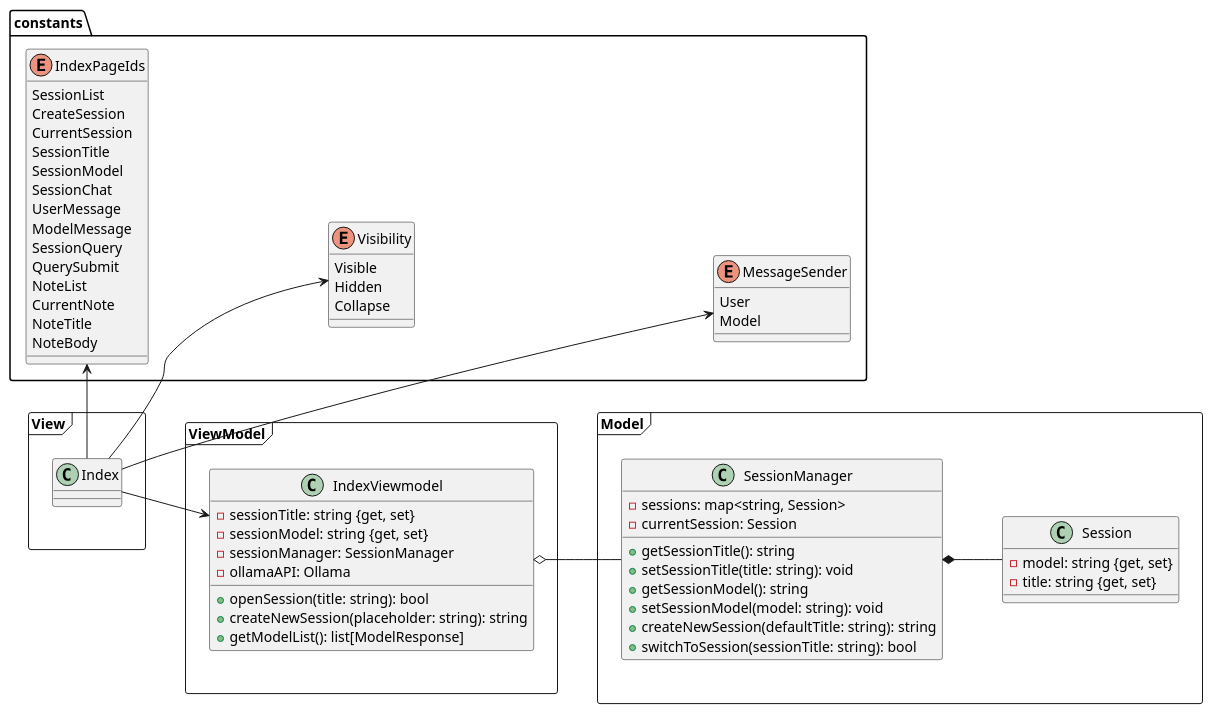
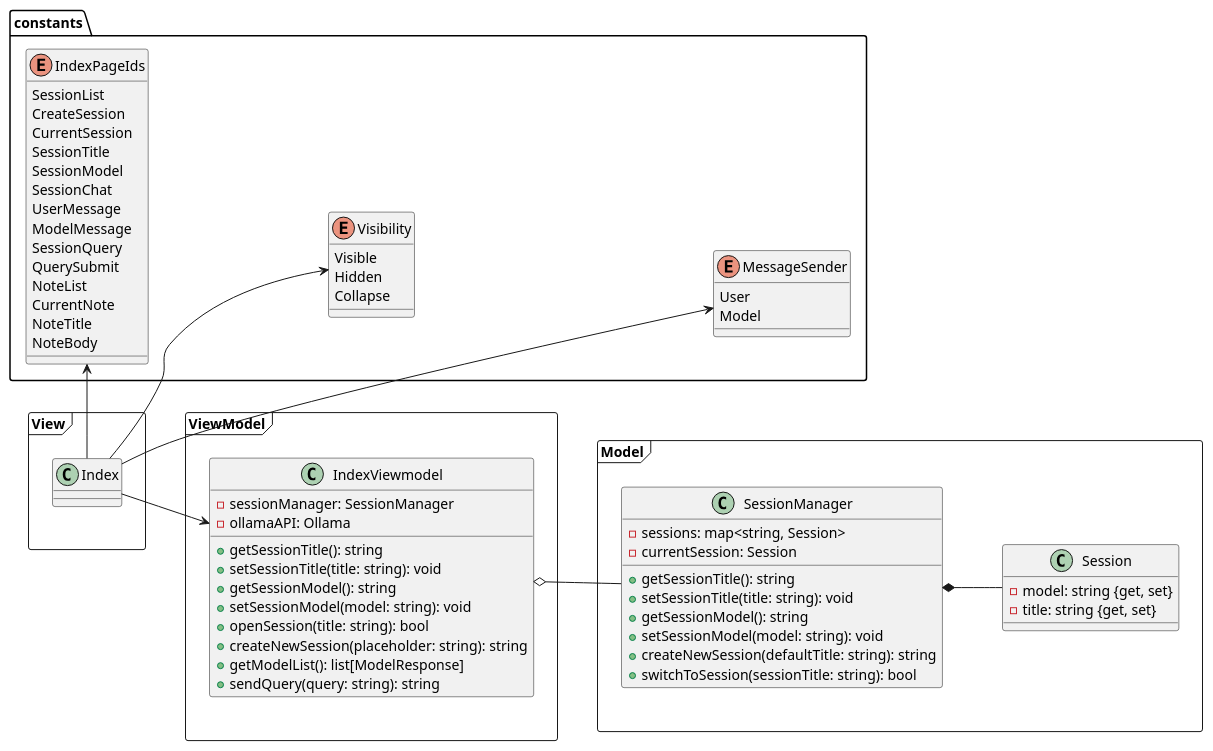
Before and after one commit to Kirya-D/LocalQuery: the diagram in docs/diagrams/src/class-diagram.plantuml, drawn with PlantUML. The commit also changed 7 other files, not shown here.

```diff
--- a/docs/diagrams/src/class-diagram.plantuml
+++ b/docs/diagrams/src/class-diagram.plantuml
@@ -1,89 +1,92 @@
 @startuml "ClassDiagram"
 left to right direction
 
 folder constants {
     enum IndexPageIds {
         SessionList
         CreateSession
         CurrentSession
         SessionTitle
         SessionModel
         SessionChat
         UserMessage
         ModelMessage
         SessionQuery
         QuerySubmit
         NoteList
         CurrentNote
         NoteTitle
         NoteBody
     }
 
     enum Visibility {
         Visible
         Hidden
         Collapse
     }
 
     enum MessageSender {
         User
         Model
     }
 
     IndexPageIds -[Hidden]- Visibility
     Visibility -[Hidden]- MessageSender
 }
 
 frame View {
     class Index {}
 }
 
 frame ViewModel {
     class IndexViewmodel {
-        -{field} sessionTitle: string {get, set}
-        -{field} sessionModel: string {get, set}
         -{field} sessionManager: SessionManager
         -{field} ollamaAPI: Ollama
+        +{method} getSessionTitle(): string
+        +{method} setSessionTitle(title: string): void
+        +{method} getSessionModel(): string
+        +{method} setSessionModel(model: string): void
         +{method} openSession(title: string): bool
         +{method} createNewSession(placeholder: string): string
         +{method} getModelList(): list[ModelResponse]
+        +{method} sendQuery(query: string): string
     }
 }
 
 frame Model {
     class SessionManager {
         -{field} sessions: map<string, Session>
         -{field} currentSession: Session
         +{method} getSessionTitle(): string
         +{method} setSessionTitle(title: string): void
         +{method} getSessionModel(): string
         +{method} setSessionModel(model: string): void
         +{method} createNewSession(defaultTitle: string): string
         +{method} switchToSession(sessionTitle: string): bool
     }
 
     class Session {
         -{field} model: string {get, set}
         -{field} title: string {get, set}
     }
 }
 
 ' View - Viewmodel Relations
 Index --> IndexViewmodel
 
 ' Viewmodel - Model Relations
 IndexViewmodel o-- SessionManager
 
 ' Model - Model Relations
 SessionManager *-- Session
 
 ' Other Relations
 Index -> IndexPageIds
 Index --> MessageSender
 Index --> Visibility
 
 ' Orient diagram
 View -[Hidden]right- ViewModel
 ViewModel -[Hidden]right- Model
 
 @enduml
```
